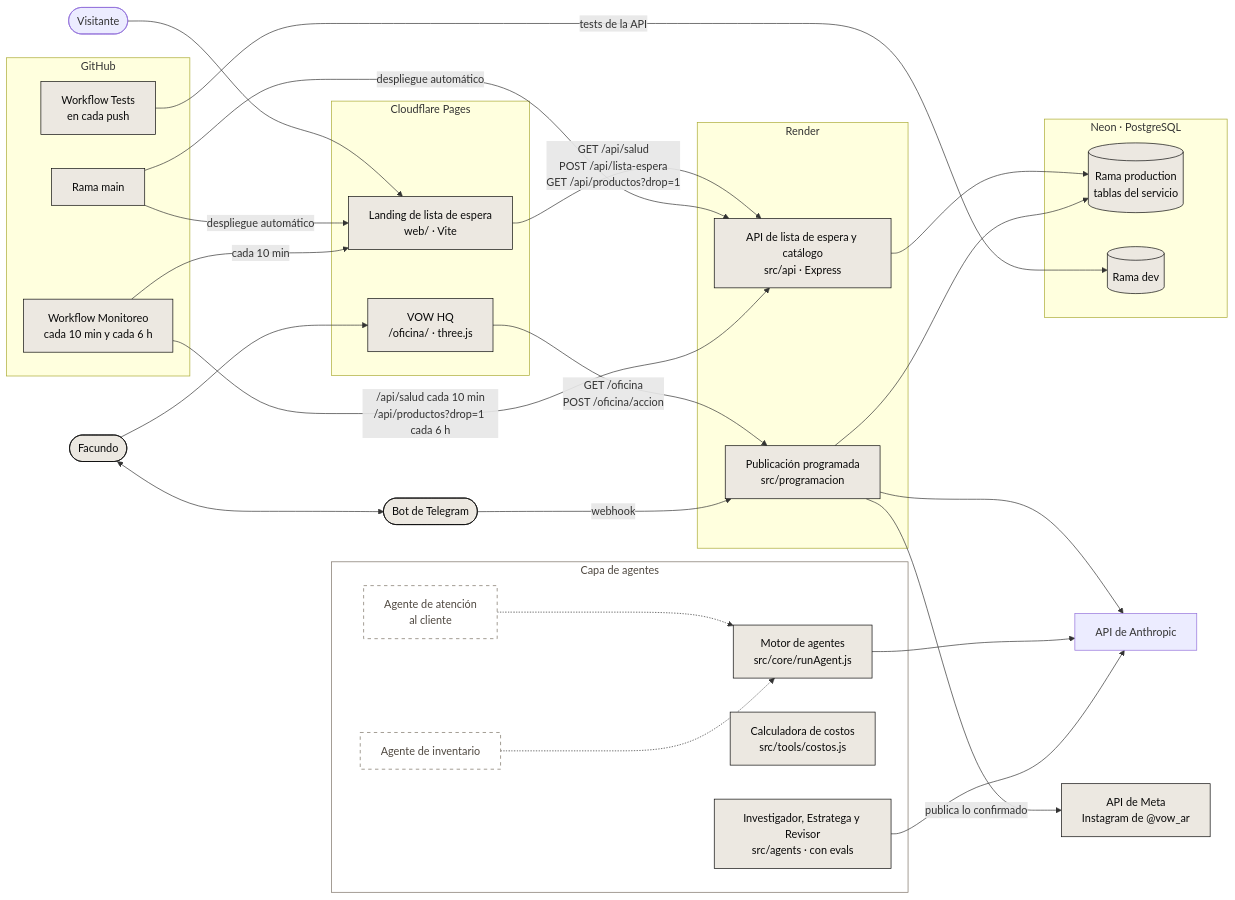
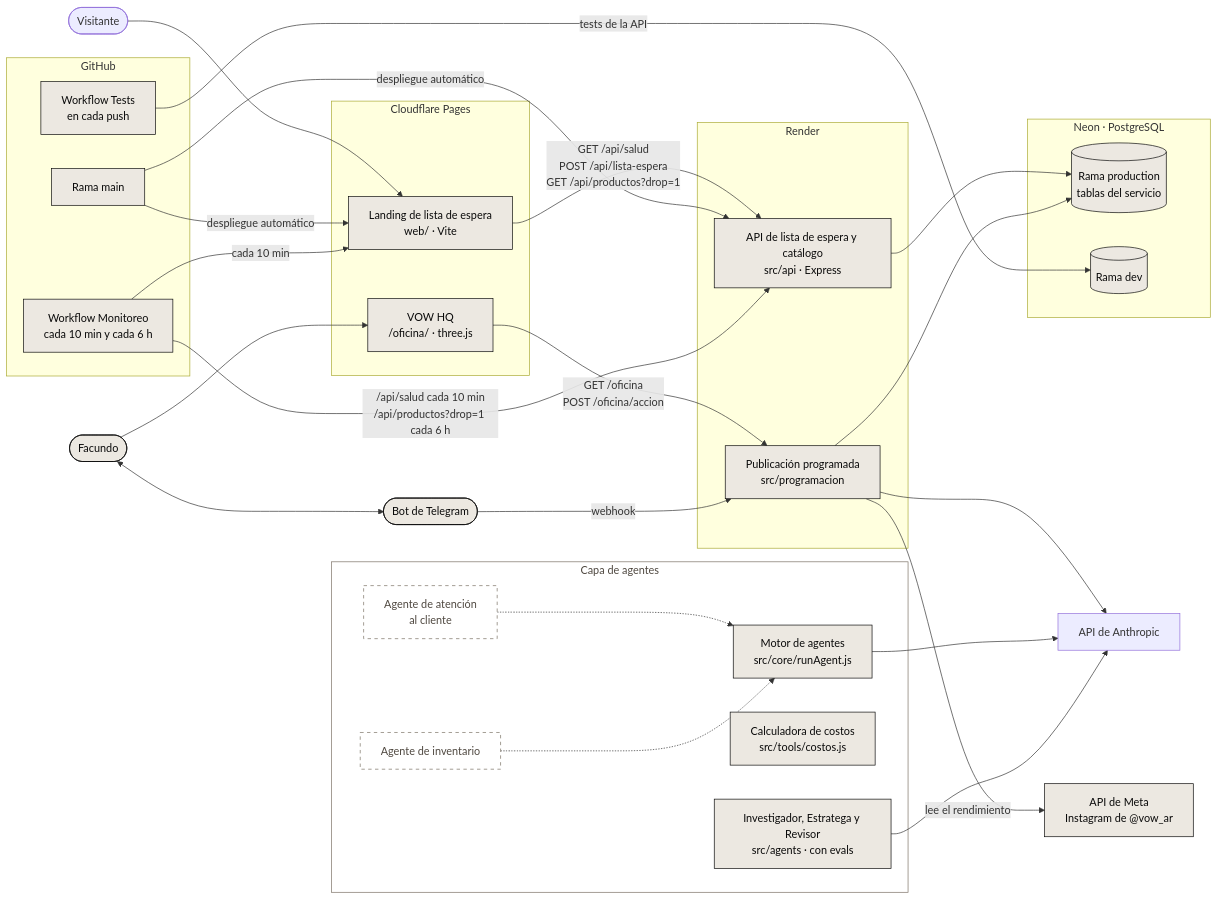
Before and after one commit to FacundoGuiraldes/vow: the first of 2 diagrams in README.md, drawn with Mermaid. The commit also changed other lines of this file and 74 other files, not shown here.

````diff
--- a/README.md
+++ b/README.md
@@ -116,64 +107,64 @@
 ```mermaid
 flowchart LR
     visitante(["Visitante"])
 
     subgraph sg_github["GitHub"]
         repo["Rama main"]
         ci["Workflow Tests<br/>en cada push"]
         monitoreo["Workflow Monitoreo<br/>cada 10 min y cada 6 h"]
     end
 
     subgraph sg_cloudflare["Cloudflare Pages"]
         landing["Landing de lista de espera<br/>web/ · Vite"]
         hq["VOW HQ<br/>/oficina/ · three.js"]
     end
 
     subgraph sg_render["Render"]
         api["API de lista de espera y catálogo<br/>src/api · Express"]
         prog["Publicación programada<br/>src/programacion"]
     end
 
     subgraph sg_neon["Neon · PostgreSQL"]
         db[("Rama production<br/>tablas del servicio")]
         dbdev[("Rama dev")]
     end
 
     subgraph agentes["Capa de agentes"]
         motor["Motor de agentes<br/>src/core/runAgent.js"]
         costos["Calculadora de costos<br/>src/tools/costos.js"]
         contenido["Investigador, Estratega y Revisor<br/>src/agents · con evals"]
         soporte["Agente de atención<br/>al cliente"]
         inventario["Agente de inventario"]
     end
 
     anthropic["API de Anthropic"]
     telegram(["Bot de Telegram"])
     meta["API de Meta<br/>Instagram de @vow_ar"]
     persona(["Facundo"])
 
     visitante --> landing
     landing -->|"GET /api/salud<br/>POST /api/lista-espera<br/>GET /api/productos?drop=1"| api
     api --> db
     persona --> hq
     hq -->|"GET /oficina<br/>POST /oficina/accion"| prog
     persona <--> telegram
     telegram -->|"webhook"| prog
     prog --> db
-    prog -->|"publica lo confirmado"| meta
+    prog -->|"lee el rendimiento"| meta
     prog --> anthropic
     repo -->|"despliegue automático"| landing
     repo -->|"despliegue automático"| api
     ci -->|"tests de la API"| dbdev
     monitoreo -->|"cada 10 min"| landing
     monitoreo -->|"/api/salud cada 10 min<br/>/api/productos?drop=1 cada 6 h"| api
     motor --> anthropic
     contenido --> anthropic
     soporte -.-> motor
     inventario -.-> motor
 
     classDef existe fill:#ECE8E1,stroke:#0A0A0A,color:#0A0A0A
     classDef planificado fill:#ffffff,stroke:#7A7064,stroke-dasharray:5 5,color:#4F4840
     class repo,ci,monitoreo,landing,hq,api,prog,db,dbdev,motor,costos,contenido,telegram,meta,persona existe
     class soporte,inventario planificado
     style agentes fill:#ffffff,stroke:#7A7064,color:#4F4840
 ```
````
